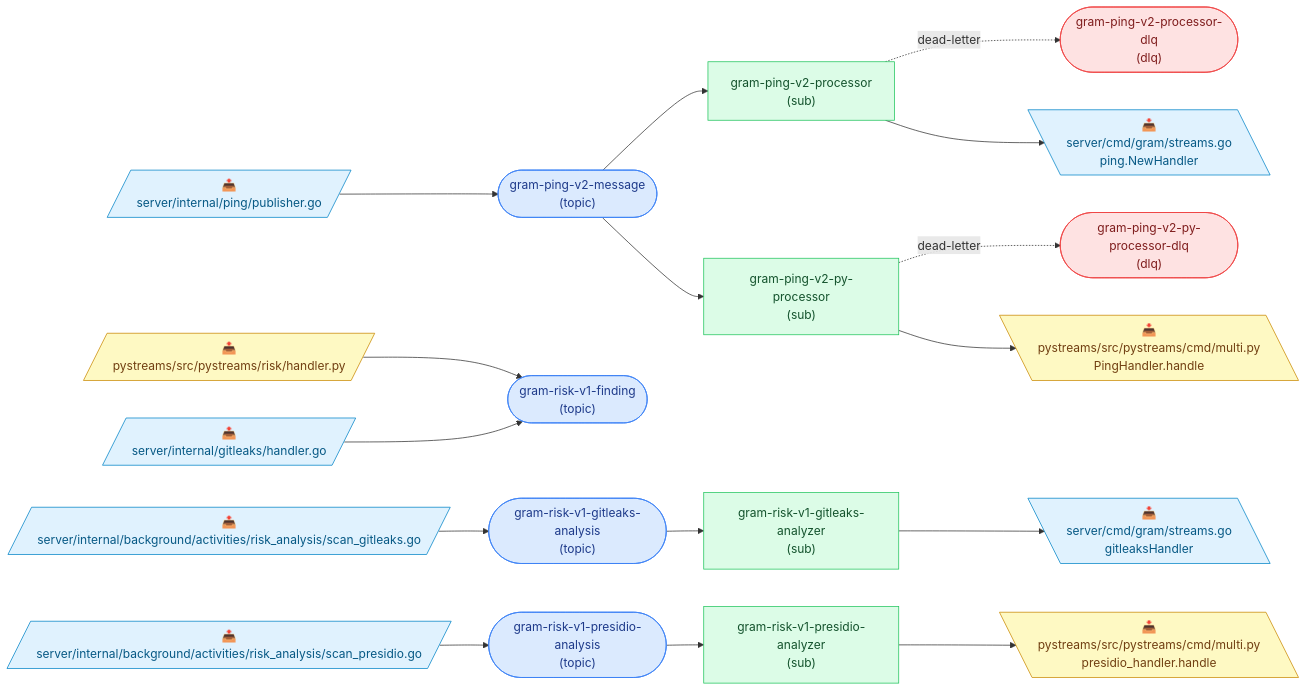
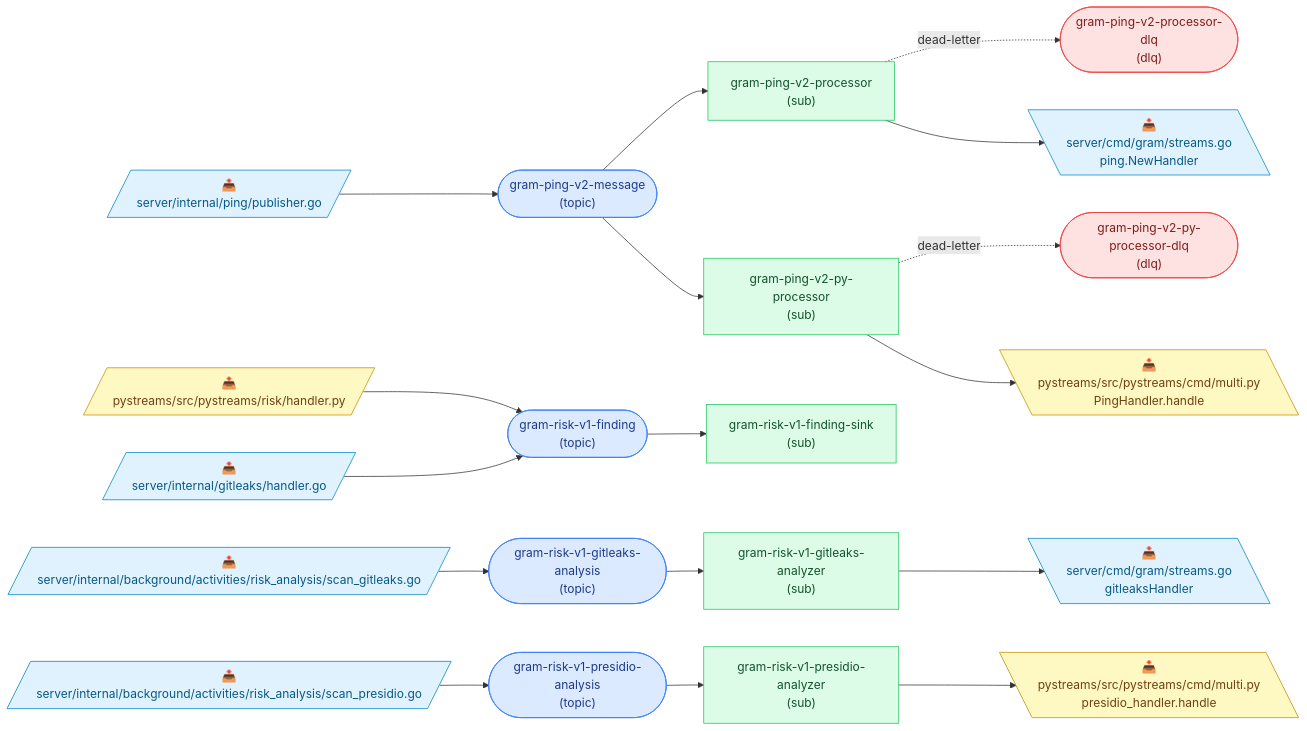
Before and after one commit to speakeasy-api/gram: the diagram in docs/pubsub-topology.md, drawn with Mermaid. The commit also changed other lines of this file and 22 other files, not shown here.

````diff
--- a/docs/pubsub-topology.md
+++ b/docs/pubsub-topology.md
@@ -9,45 +9,47 @@
 ```mermaid
 flowchart LR
   classDef topic fill:#dbeafe,stroke:#3b82f6,color:#1e3a8a;
   classDef dlq fill:#fee2e2,stroke:#ef4444,color:#7f1d1d;
   classDef sub fill:#dcfce7,stroke:#22c55e,color:#14532d;
   classDef go fill:#e0f2fe,stroke:#0284c7,color:#075985;
   classDef python fill:#fef9c3,stroke:#ca8a04,color:#713f12;
   classDef deprecated stroke-dasharray:4 3,opacity:0.55;
 
   t_gram_ping_v2_message(["gram-ping-v2-message<br/>(topic)"]):::topic
   t_gram_ping_v2_processor_dlq(["gram-ping-v2-processor-dlq<br/>(dlq)"]):::dlq
   t_gram_ping_v2_py_processor_dlq(["gram-ping-v2-py-processor-dlq<br/>(dlq)"]):::dlq
   t_gram_risk_v1_finding(["gram-risk-v1-finding<br/>(topic)"]):::topic
   t_gram_risk_v1_gitleaks_analysis(["gram-risk-v1-gitleaks-analysis<br/>(topic)"]):::topic
   t_gram_risk_v1_presidio_analysis(["gram-risk-v1-presidio-analysis<br/>(topic)"]):::topic
   s_gram_ping_v2_processor["gram-ping-v2-processor<br/>(sub)"]:::sub
   s_gram_ping_v2_py_processor["gram-ping-v2-py-processor<br/>(sub)"]:::sub
+  s_gram_risk_v1_finding_sink["gram-risk-v1-finding-sink<br/>(sub)"]:::sub
   s_gram_risk_v1_gitleaks_analyzer["gram-risk-v1-gitleaks-analyzer<br/>(sub)"]:::sub
   s_gram_risk_v1_presidio_analyzer["gram-risk-v1-presidio-analyzer<br/>(sub)"]:::sub
 
   p0[/"📤<br/>server/internal/ping/publisher.go"/]:::go
   p0 --> t_gram_ping_v2_message
   p1[/"📤<br/>pystreams/src/pystreams/risk/handler.py"/]:::python
   p1 --> t_gram_risk_v1_finding
   p2[/"📤<br/>server/internal/gitleaks/handler.go"/]:::go
   p2 --> t_gram_risk_v1_finding
   p3[/"📤<br/>server/internal/background/activities/risk_analysis/scan_gitleaks.go"/]:::go
   p3 --> t_gram_risk_v1_gitleaks_analysis
   p4[/"📤<br/>server/internal/background/activities/risk_analysis/scan_presidio.go"/]:::go
   p4 --> t_gram_risk_v1_presidio_analysis
   t_gram_ping_v2_message --> s_gram_ping_v2_processor
   s_gram_ping_v2_processor -. dead-letter .-> t_gram_ping_v2_processor_dlq
   t_gram_ping_v2_message --> s_gram_ping_v2_py_processor
   s_gram_ping_v2_py_processor -. dead-letter .-> t_gram_ping_v2_py_processor_dlq
+  t_gram_risk_v1_finding --> s_gram_risk_v1_finding_sink
   t_gram_risk_v1_gitleaks_analysis --> s_gram_risk_v1_gitleaks_analyzer
   t_gram_risk_v1_presidio_analysis --> s_gram_risk_v1_presidio_analyzer
   c5[\"📥<br/>server/cmd/gram/streams.go<br/>ping.NewHandler"\]:::go
   s_gram_ping_v2_processor --> c5
   c6[\"📥<br/>pystreams/src/pystreams/cmd/multi.py<br/>PingHandler.handle"\]:::python
   s_gram_ping_v2_py_processor --> c6
   c7[\"📥<br/>server/cmd/gram/streams.go<br/>gitleaksHandler"\]:::go
   s_gram_risk_v1_gitleaks_analyzer --> c7
   c8[\"📥<br/>pystreams/src/pystreams/cmd/multi.py<br/>presidio_handler.handle"\]:::python
   s_gram_risk_v1_presidio_analyzer --> c8
 ```
````
